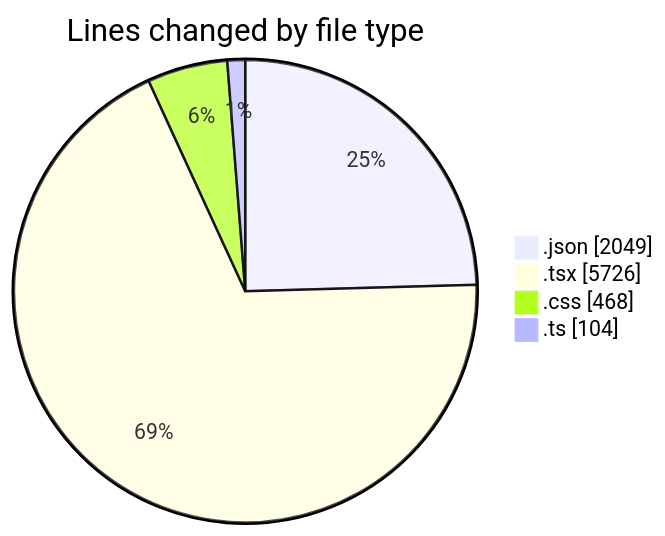
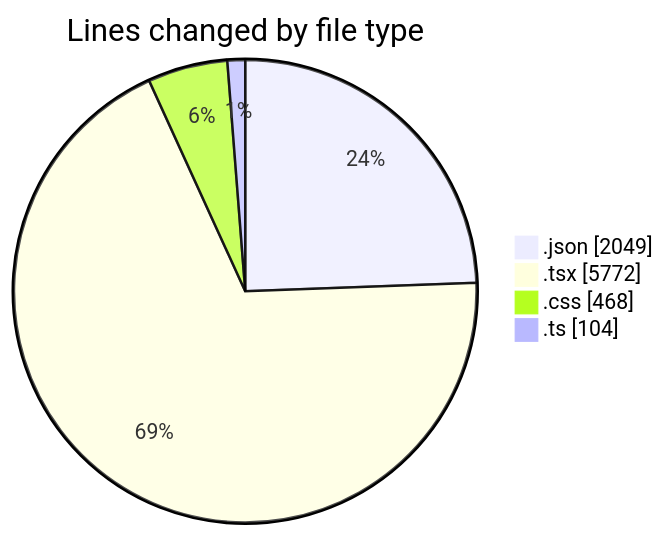
Before and after one commit to EIIisD/code-tracking: the first of 2 diagrams in 2025-08-14/ribbon/README.md, drawn with Mermaid. The commit also changed other lines of this file and 1 other file, not shown here.

````diff
--- a/2025-08-14/ribbon/README.md
+++ b/2025-08-14/ribbon/README.md
@@ -29,8 +29,8 @@
 ```mermaid
 pie showData
 title Lines changed by file type
 ".json" : 2049
-".tsx" : 5726
+".tsx" : 5772
 ".css" : 468
 ".ts" : 104
 ```
````
